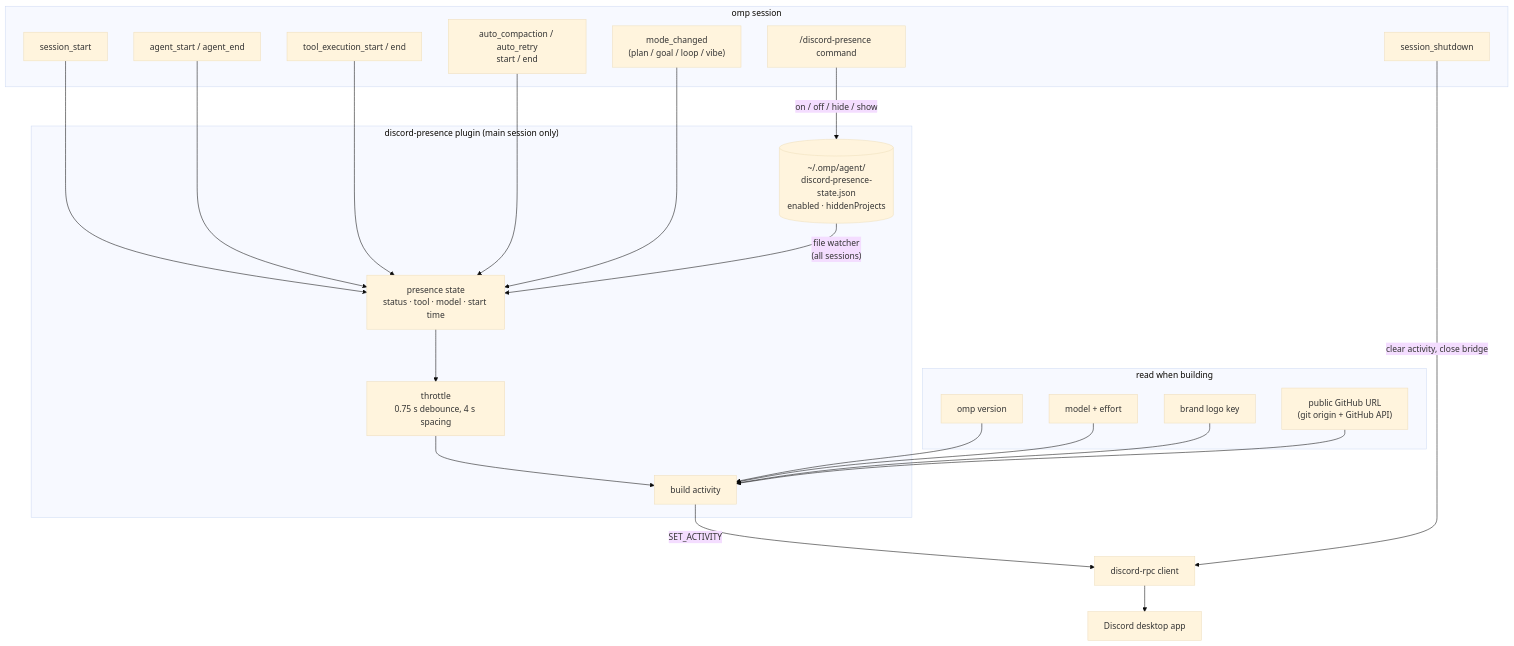
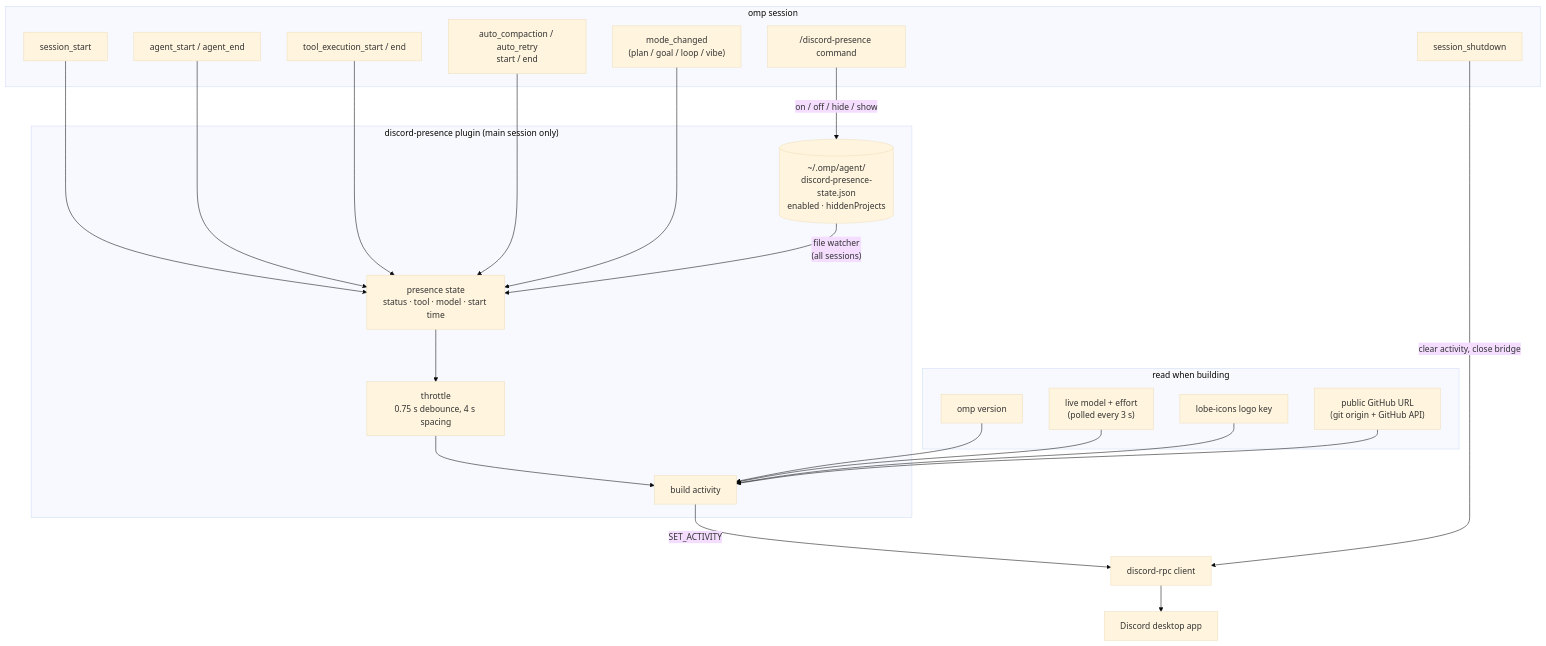
The first of 3 diagrams in README.md (hiiruki/omp-discord-presence), drawn with Mermaid (base theme) before and after one commit. The commit also changed other lines of this file and 72 other files, not shown here.

First line of the commit message:
feat: use lobe-icons model logos and follow live model selection

````diff
--- a/README.md
+++ b/README.md
@@ -88,35 +88,35 @@
 ```mermaid
 flowchart TD
     subgraph omp["omp session"]
         E1["session_start"]
         E2["agent_start / agent_end"]
         E3["tool_execution_start / end"]
         E6["auto_compaction / auto_retry<br/>start / end"]
         E7["mode_changed<br/>(plan / goal / loop / vibe)"]
         E4["/discord-presence command"]
         E5["session_shutdown"]
     end
 
     subgraph plugin["discord-presence plugin (main session only)"]
         P["presence state<br/>status · tool · model · start time"]
         S[("~/.omp/agent/<br/>discord-presence-state.json<br/>enabled · hiddenProjects")]
         T["throttle<br/>0.75 s debounce, 4 s spacing"]
         B["build activity"]
     end
 
     subgraph inputs["read when building"]
         V["omp version"]
-        M["model + effort"]
-        L["brand logo key"]
+        M["live model + effort<br/>(polled every 3 s)"]
+        L["lobe-icons logo key"]
         G["public GitHub URL<br/>(git origin + GitHub API)"]
     end
 
     E1 & E2 & E3 & E6 & E7 --> P
     E4 -- "on / off / hide / show" --> S
     S -- "file watcher<br/>(all sessions)" --> P
     P --> T --> B
     V & M & L & G --> B
     B -- "SET_ACTIVITY" --> RPC["discord-rpc client"]
     RPC --> D["Discord desktop app"]
     E5 -- "clear activity, close bridge" --> RPC
 ```
````
